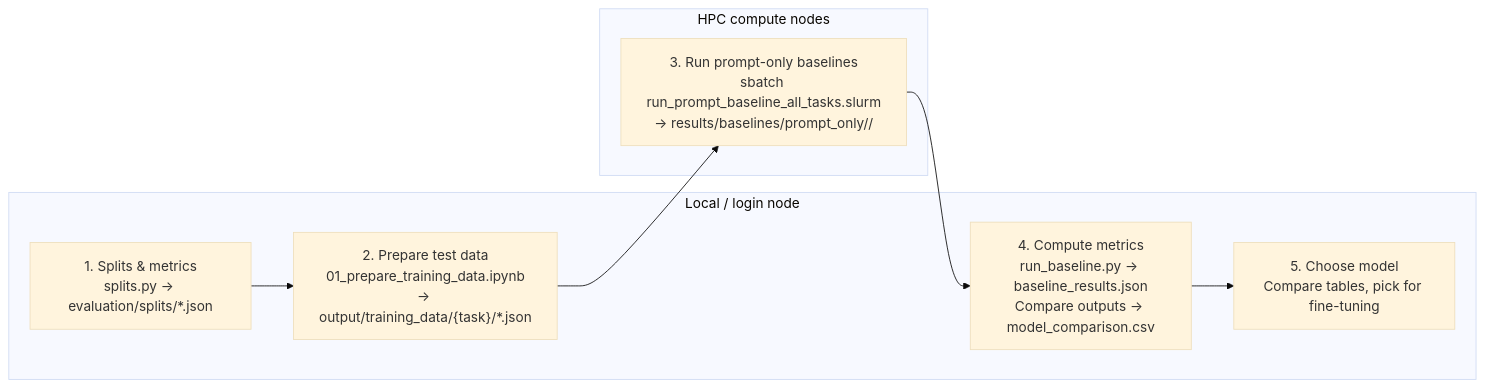
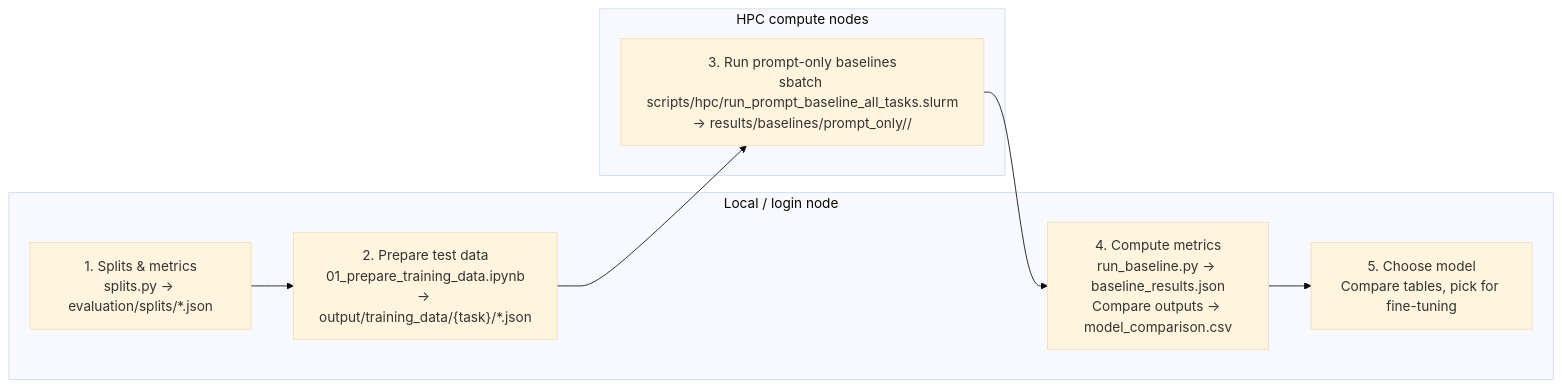
One commit to KemiOm/senior-thesis changed the diagram in OVERVIEW.MD. Above: the diagram before and after it, drawn with Mermaid (base theme). The commit also changed other lines of this file and 157 other files, not shown here.

````diff
--- a/OVERVIEW.MD
+++ b/OVERVIEW.MD
@@ -160,13 +160,13 @@
 ```mermaid
 flowchart LR
   subgraph local["Local / login node"]
     S1["1. Splits & metrics\nsplits.py → evaluation/splits/*.json"]
     S2["2. Prepare test data\n01_prepare_training_data.ipynb\n→ output/training_data/{task}/*.json"]
     S4["4. Compute metrics\nrun_baseline.py → baseline_results.json\nCompare outputs → model_comparison.csv"]
     S5["5. Choose model\nCompare tables, pick for fine-tuning"]
   end
   subgraph hpc["HPC compute nodes"]
-    S3["3. Run prompt-only baselines\nsbatch run_prompt_baseline_all_tasks.slurm\n→ results/baselines/prompt_only/<model>/"]
+    S3["3. Run prompt-only baselines\nsbatch scripts/hpc/run_prompt_baseline_all_tasks.slurm\n→ results/baselines/prompt_only/<model>/"]
   end
   S1 --> S2 --> S3 --> S4 --> S5
 ```
````
